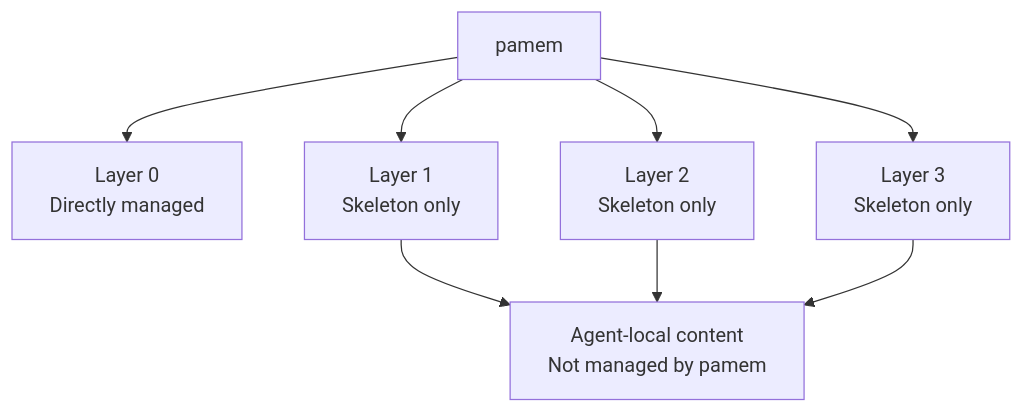
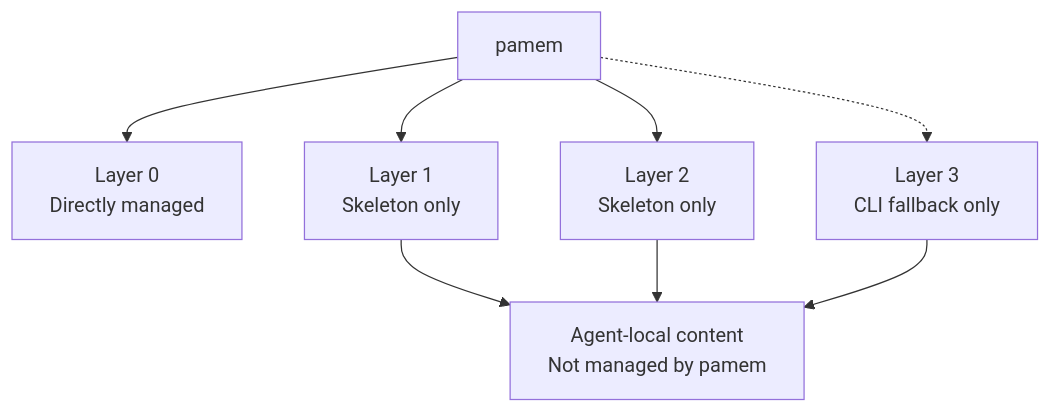
The second of 2 diagrams in DESIGN.md (PHLens/pamem), drawn with Mermaid before and after one commit. The commit also changed other lines of this file and 21 other files, not shown here.

````diff
--- a/DESIGN.md
+++ b/DESIGN.md
@@ -78,17 +81,17 @@
 ```mermaid
 flowchart TD
     P["pamem"]
     L0["Layer 0<br/>Directly managed"]
     L1["Layer 1<br/>Skeleton only"]
     L2["Layer 2<br/>Skeleton only"]
-    L3["Layer 3<br/>Skeleton only"]
+    L3["Layer 3<br/>CLI fallback only"]
     C["Agent-local content<br/>Not managed by pamem"]
 
     P --> L0
     P --> L1
     P --> L2
-    P --> L3
+    P -.-> L3
     L1 --> C
     L2 --> C
     L3 --> C
 ```
````
